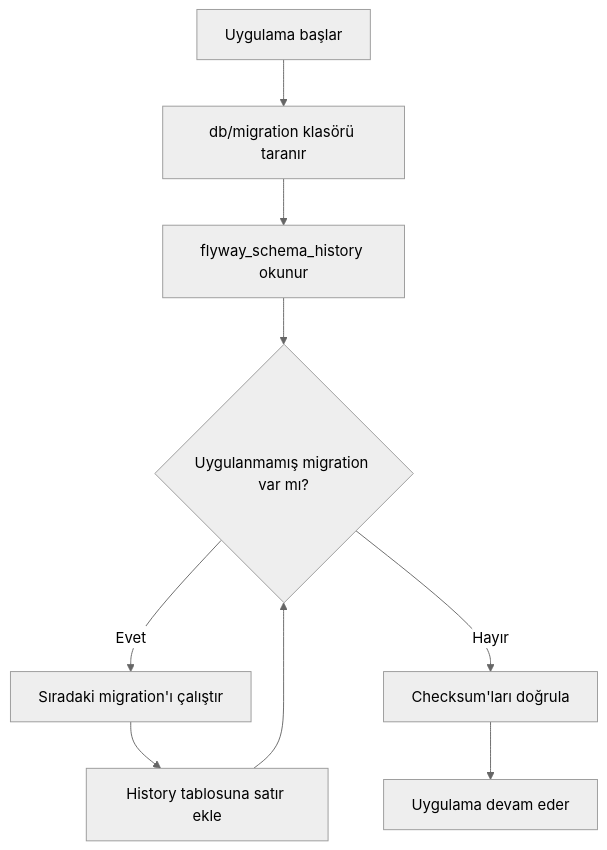
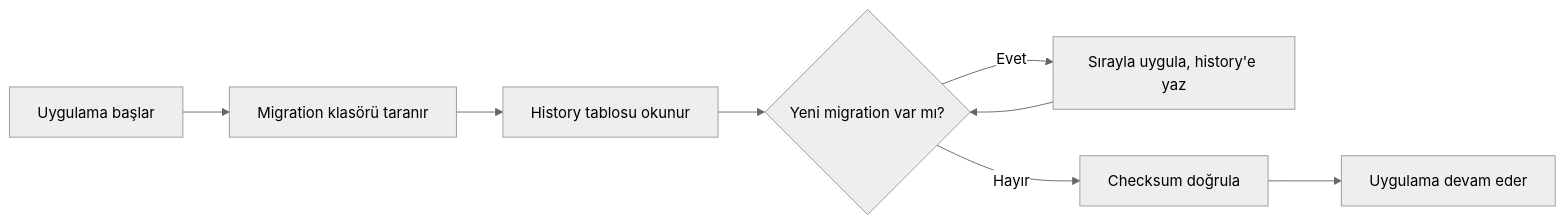
The first of 4 diagrams in 01-foundation/04-database-migration/README.md (adraarda23/banking-learning), drawn with Mermaid (neutral theme) before and after one commit. The commit also changed other lines of this file and 37 other files, not shown here.

````diff
--- a/01-foundation/04-database-migration/README.md
+++ b/01-foundation/04-database-migration/README.md
@@ -69,11 +55,10 @@
 ```mermaid
-flowchart TD
-    A["Uygulama başlar"] --> B["db/migration klasörü taranır"]
-    B --> C["flyway_schema_history okunur"]
-    C --> D{"Uygulanmamış migration var mı?"}
-    D -->|"Evet"| E["Sıradaki migration'ı çalıştır"]
-    E --> F["History tablosuna satır ekle"]
-    F --> D
-    D -->|"Hayır"| G["Checksum'ları doğrula"]
-    G --> H["Uygulama devam eder"]
+flowchart LR
+    A["Uygulama başlar"] --> B["Migration klasörü taranır"]
+    B --> C["History tablosu okunur"]
+    C --> D{"Yeni migration var mı?"}
+    D -->|"Evet"| E["Sırayla uygula, history'e yaz"]
+    E --> D
+    D -->|"Hayır"| F["Checksum doğrula"]
+    F --> G["Uygulama devam eder"]
 ```
````
